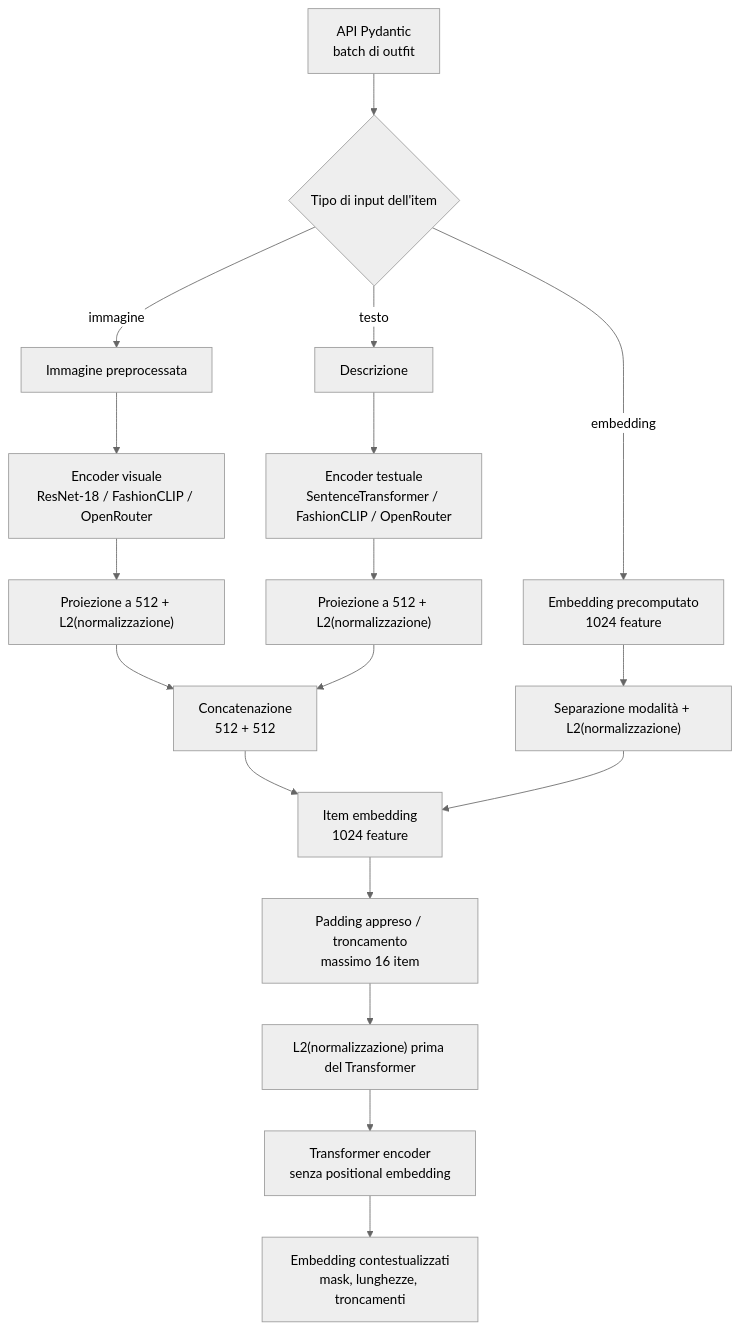
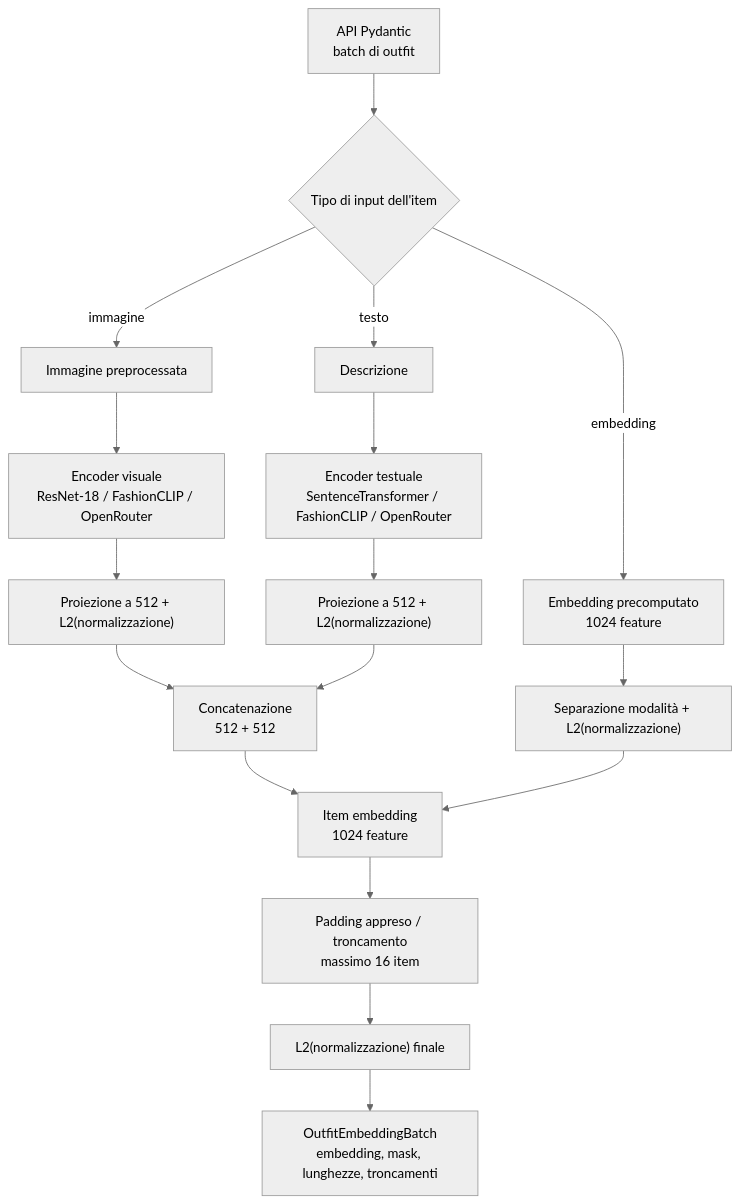
The diagram in model/common/README.md (FlorindoDev/OutfitTransformer), drawn with Mermaid (neutral theme) before and after one commit. The commit also changed other lines of this file and 25 other files, not shown here.

````diff
--- a/model/common/README.md
+++ b/model/common/README.md
@@ -34,24 +34,23 @@
 ```mermaid
 flowchart TD
     API["API Pydantic<br/>batch di outfit"] --> TYPE{"Tipo di input dell'item"}
 
     TYPE -->|"immagine"| IMAGE["Immagine preprocessata"]
     TYPE -->|"testo"| TEXT["Descrizione"]
     TYPE -->|"embedding"| PRE["Embedding precomputato<br/>1024 feature"]
 
     IMAGE --> VE["Encoder visuale<br/>ResNet-18 / FashionCLIP / OpenRouter"]
     TEXT --> TE["Encoder testuale<br/>SentenceTransformer / FashionCLIP / OpenRouter"]
     VE --> VP["Proiezione a 512 + L2(normalizzazione)"]
     TE --> TP["Proiezione a 512 + L2(normalizzazione)"]
     VP --> CAT["Concatenazione<br/>512 + 512"]
     TP --> CAT
 
     CAT --> ITEM["Item embedding<br/>1024 feature"]
     PRE --> PN["Separazione modalità + L2(normalizzazione)"]
     PN --> ITEM
 
     ITEM --> PAD["Padding appreso / troncamento<br/>massimo 16 item"]
-    PAD --> L2["L2(normalizzazione) prima del Transformer"]
-    L2 --> TR["Transformer encoder<br/>senza positional embedding"]
-    TR --> OUT["Embedding contestualizzati<br/>mask, lunghezze, troncamenti"]
+    PAD --> L2["L2(normalizzazione) finale"]
+    L2 --> OUT["OutfitEmbeddingBatch<br/>embedding, mask, lunghezze, troncamenti"]
 ```
````
